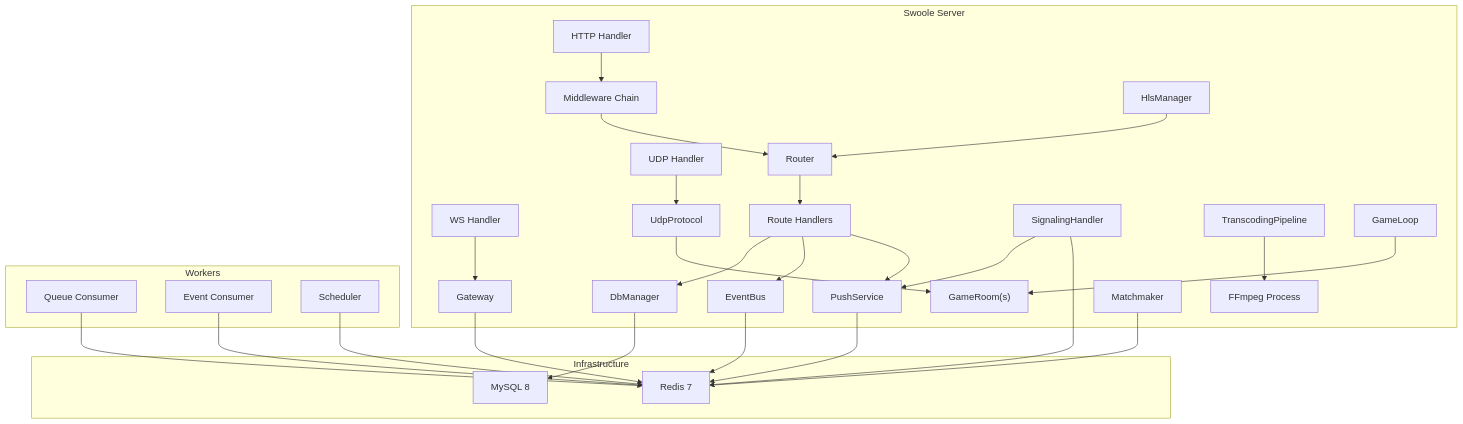
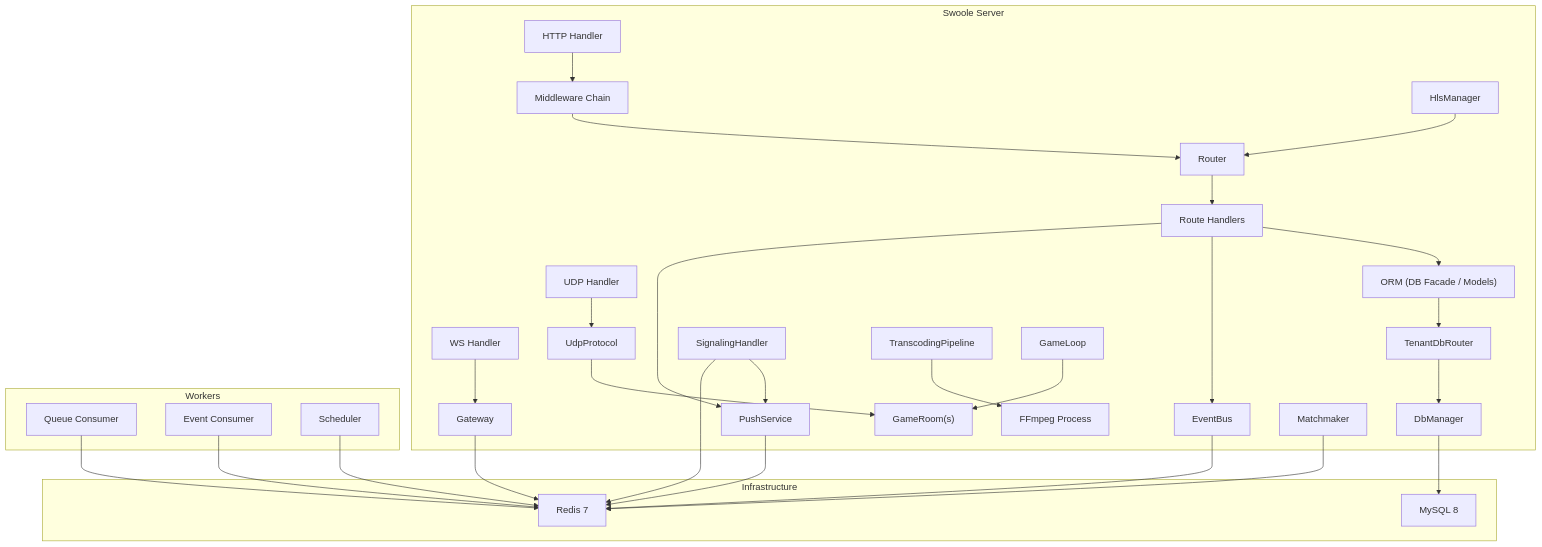
One commit to easiviotech/fabriq changed the diagram in docs/ARCHITECTURE.md. Above: the diagram before and after it, drawn with Mermaid. The commit also changed other lines of this file and 60 other files, not shown here.

````diff
--- a/docs/ARCHITECTURE.md
+++ b/docs/ARCHITECTURE.md
@@ -17,40 +18,42 @@
 ```mermaid
 graph TD
     subgraph "Swoole Server"
         HTTP["HTTP Handler"] --> MW["Middleware Chain"]
         WS["WS Handler"] --> GW["Gateway"]
         UDP["UDP Handler"] --> UdpProto["UdpProtocol"]
         MW --> Router["Router"]
         Router --> Handlers["Route Handlers"]
-        Handlers --> DB["DbManager"]
+        Handlers --> ORM["ORM (DB Facade / Models)"]
+        ORM --> TenantRouter["TenantDbRouter"]
+        TenantRouter --> DB["DbManager"]
         Handlers --> EventBus["EventBus"]
         Handlers --> Push["PushService"]
         Signaling["SignalingHandler"] --> Push
         Transcode["TranscodingPipeline"] --> FFmpeg["FFmpeg Process"]
         HLS["HlsManager"] --> Router
         GameLoop["GameLoop"] --> GameRooms["GameRoom(s)"]
         UdpProto --> GameRooms
         Matchmaker["Matchmaker"]
     end
 
     subgraph "Workers"
         Consumer["Queue Consumer"]
         EventConsumer["Event Consumer"]
         Scheduler["Scheduler"]
     end
 
     subgraph "Infrastructure"
         MySQL["MySQL 8"]
         Redis["Redis 7"]
     end
 
     DB --> MySQL
     GW --> Redis
     Push --> Redis
     EventBus --> Redis
     Consumer --> Redis
     EventConsumer --> Redis
     Scheduler --> Redis
     Matchmaker --> Redis
     Signaling --> Redis
 ```
````
